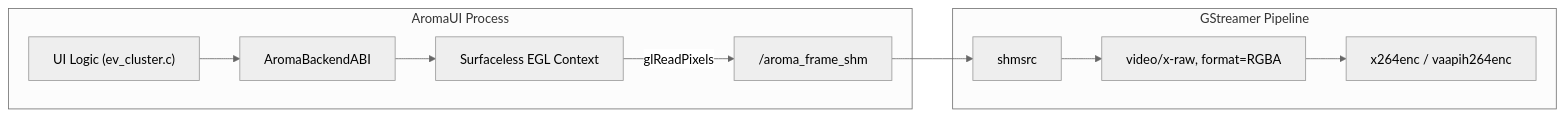
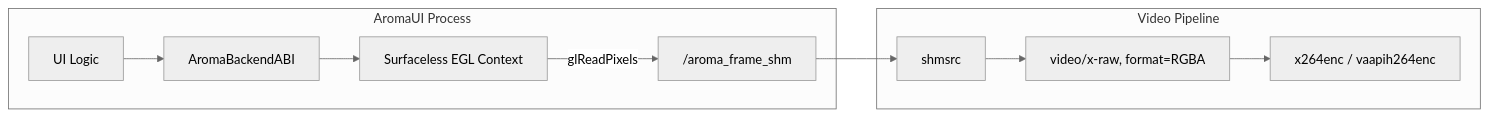
The second of 2 diagrams in docs/example-applications/Smartwatch-and-Other-Examples.md (BinaryInkTN/AromaUI), drawn with Mermaid (neutral theme) before and after one commit. The commit also changed other lines of this file and 38 other files, not shown here.

````diff
--- a/docs/example-applications/Smartwatch-and-Other-Examples.md
+++ b/docs/example-applications/Smartwatch-and-Other-Examples.md
@@ -70,20 +70,20 @@
 ```mermaid
 flowchart LR
-    subgraph subGraph1 ["GStreamer Pipeline"]
+    subgraph subGraph1 ["Video Pipeline"]
         SINK["shmsrc"]
         CAPS["video/x-raw, format=RGBA"]
         ENC["x264enc / vaapih264enc"]
     end
     subgraph subGraph0 ["AromaUI Process"]
-        UI["UI Logic (ev_cluster.c)"]
+        UI["UI Logic"]
         ABI["AromaBackendABI"]
         EGL["Surfaceless EGL Context"]
         SHM_OUT["/aroma_frame_shm"]
     end
     UI --> ABI
     ABI --> EGL
     EGL -->|"glReadPixels"| SHM_OUT
     SHM_OUT --> SINK
     SINK --> CAPS
     CAPS --> ENC
 ```
````
